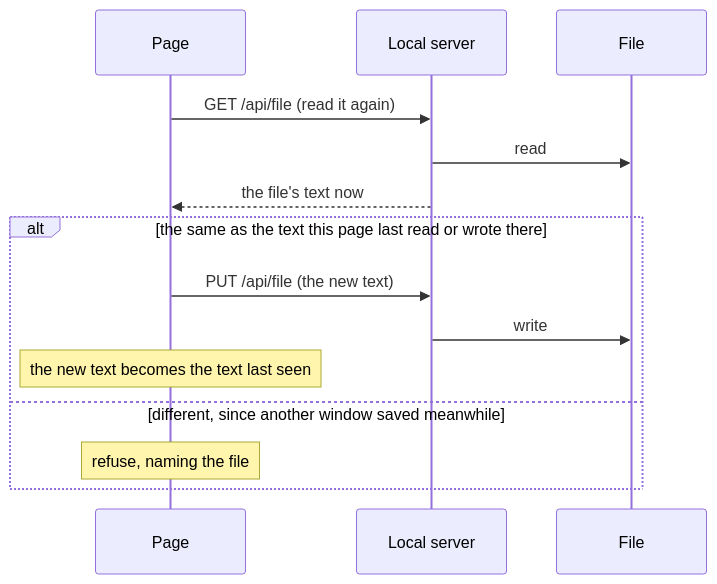
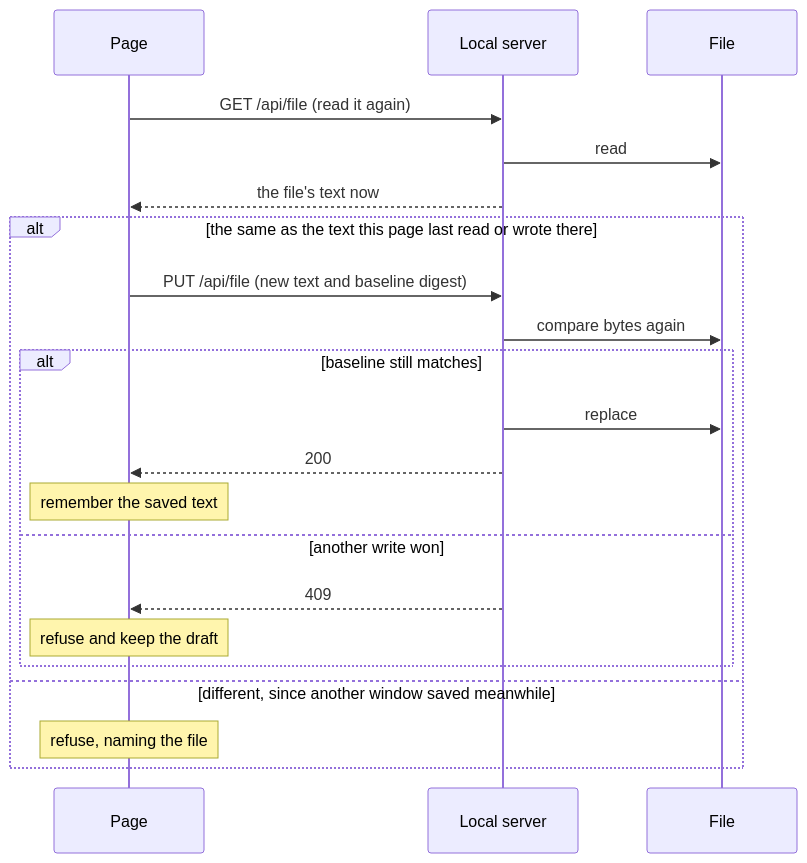
Before and after one commit to kansosystem-org/kspl-experimental: the first of 6 diagrams in kspage/docs/DESIGN-application.md, drawn with Mermaid. The commit also changed other lines of this file and 63 other files, not shown here.

````diff
--- a/kspage/docs/DESIGN-application.md
+++ b/kspage/docs/DESIGN-application.md
@@ -113,16 +118,23 @@
 ```mermaid
 sequenceDiagram
   participant P as Page
   participant S as Local server
   participant F as File
   P->>S: GET /api/file (read it again)
   S->>F: read
   S-->>P: the file's text now
   alt the same as the text this page last read or wrote there
-    P->>S: PUT /api/file (the new text)
-    S->>F: write
-    Note over P: the new text becomes the text last seen
+    P->>S: PUT /api/file (new text and baseline digest)
+    S->>F: compare bytes again
+    alt baseline still matches
+      S->>F: replace
+      S-->>P: 200
+      Note over P: remember the saved text
+    else another write won
+      S-->>P: 409
+      Note over P: refuse and keep the draft
+    end
   else different, since another window saved meanwhile
     Note over P: refuse, naming the file
   end
 ```
````
